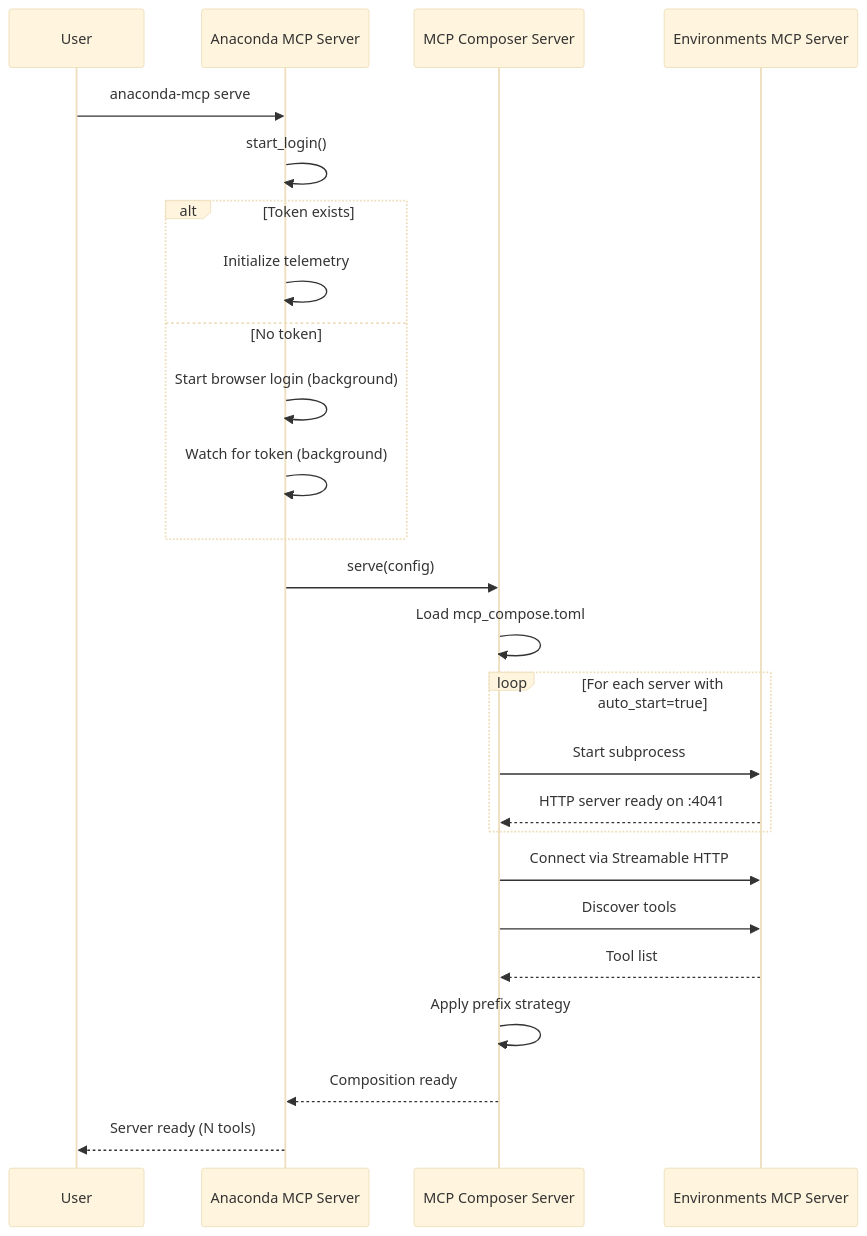
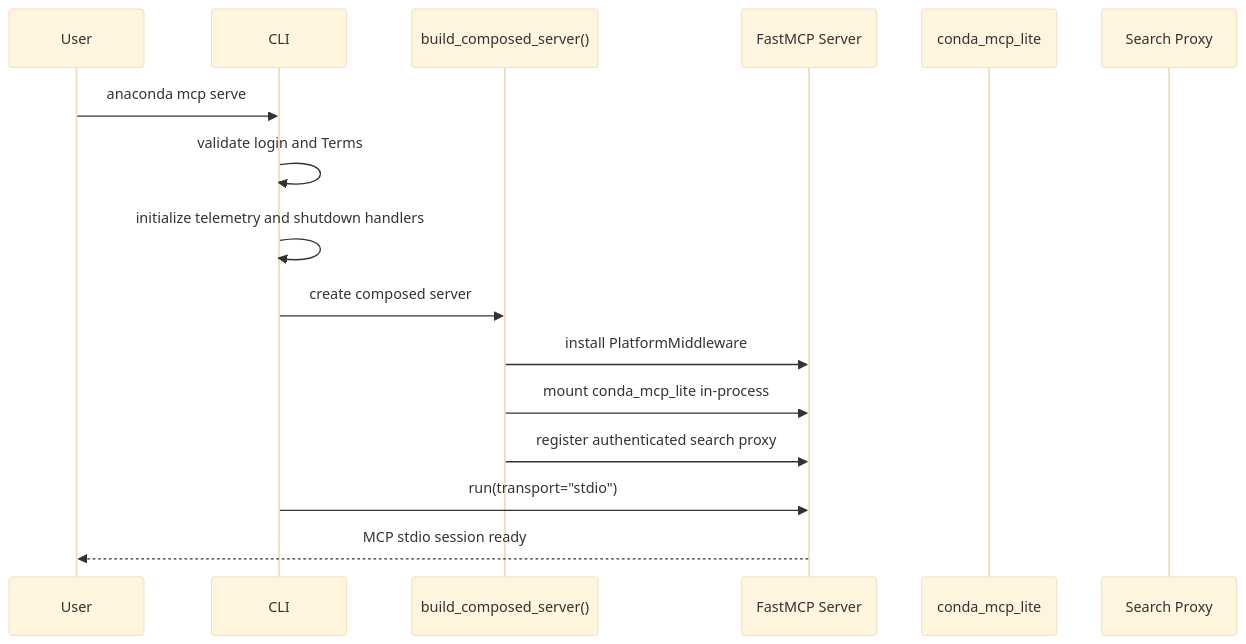
Before and after one commit to anaconda/anaconda-mcp: the fourth of 4 diagrams in docs/ARCHITECTURE.md, drawn with Mermaid (base theme). The commit also changed other lines of this file and 13 other files, not shown here.

````diff
--- a/docs/ARCHITECTURE.md
+++ b/docs/ARCHITECTURE.md
@@ -241,32 +132,19 @@
 ```mermaid
 sequenceDiagram
     participant User
-    participant Anaconda as Anaconda MCP Server
-    participant Composer as MCP Composer Server
-    participant ENV as Environments MCP Server
+    participant CLI as CLI
+    participant Builder as build_composed_server()
+    participant FastMCP as FastMCP Server
+    participant Conda as conda_mcp_lite
+    participant Search as Search Proxy
 
-    User->>Anaconda: anaconda-mcp serve
-    Anaconda->>Anaconda: start_login()
-
-    alt Token exists
-        Anaconda->>Anaconda: Initialize telemetry
-    else No token
-        Anaconda->>Anaconda: Start browser login (background)
-        Anaconda->>Anaconda: Watch for token (background)
-    end
-
-    Anaconda->>Composer: serve(config)
-    Composer->>Composer: Load mcp_compose.toml
-
-    loop For each server with auto_start=true
-        Composer->>ENV: Start subprocess
-        ENV-->>Composer: HTTP server ready on :4041
-    end
-
-    Composer->>ENV: Connect via Streamable HTTP
-    Composer->>ENV: Discover tools
-    ENV-->>Composer: Tool list
-    Composer->>Composer: Apply prefix strategy
-    Composer-->>Anaconda: Composition ready
-    Anaconda-->>User: Server ready (N tools)
+    User->>CLI: anaconda mcp serve
+    CLI->>CLI: validate login and Terms
+    CLI->>CLI: initialize telemetry and shutdown handlers
+    CLI->>Builder: create composed server
+    Builder->>FastMCP: install PlatformMiddleware
+    Builder->>FastMCP: mount conda_mcp_lite in-process
+    Builder->>FastMCP: register authenticated search proxy
+    CLI->>FastMCP: run(transport="stdio")
+    FastMCP-->>User: MCP stdio session ready
 ```
````
